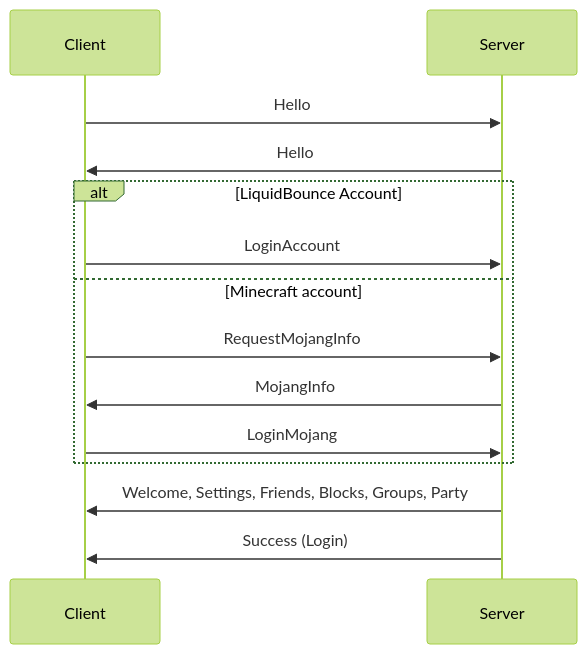
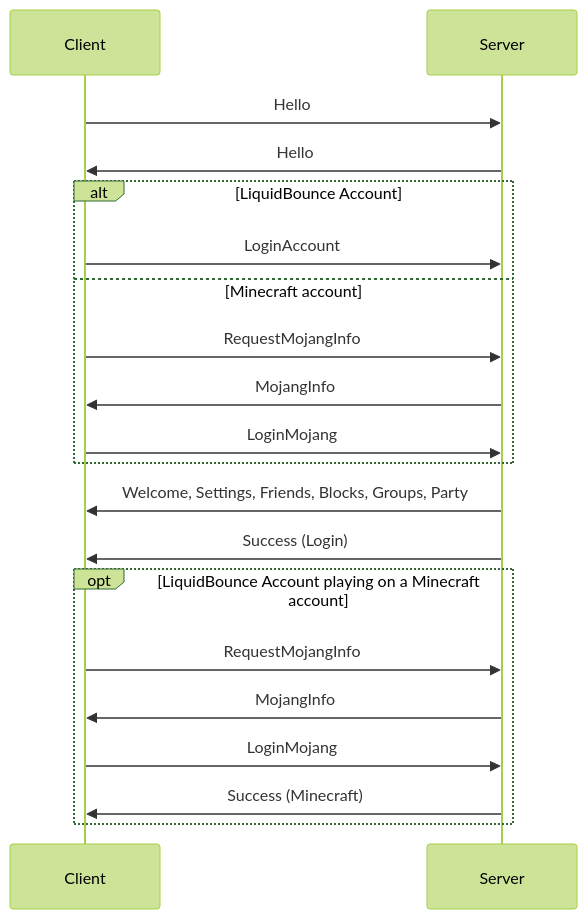
Before and after one commit to CCBlueX/axochat_server: the diagram in PROTOCOL.md, drawn with Mermaid (forest theme). The commit also changed other lines of this file and 17 other files, not shown here.

````diff
--- a/PROTOCOL.md
+++ b/PROTOCOL.md
@@ -282,14 +282,20 @@
 ```mermaid
 sequenceDiagram
     Client->>Server: Hello
     Server->>Client: Hello
     alt LiquidBounce Account
         Client->>Server: LoginAccount
     else Minecraft account
         Client->>Server: RequestMojangInfo
         Server->>Client: MojangInfo
         Client->>Server: LoginMojang
     end
     Server->>Client: Welcome, Settings, Friends, Blocks, Groups, Party
     Server->>Client: Success (Login)
+    opt LiquidBounce Account playing on a Minecraft account
+        Client->>Server: RequestMojangInfo
+        Server->>Client: MojangInfo
+        Client->>Server: LoginMojang
+        Server->>Client: Success (Minecraft)
+    end
 ```
````
